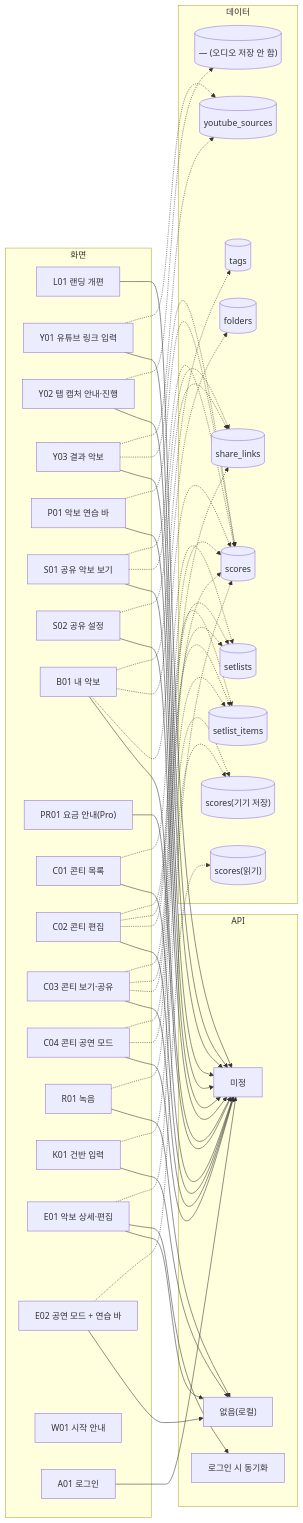
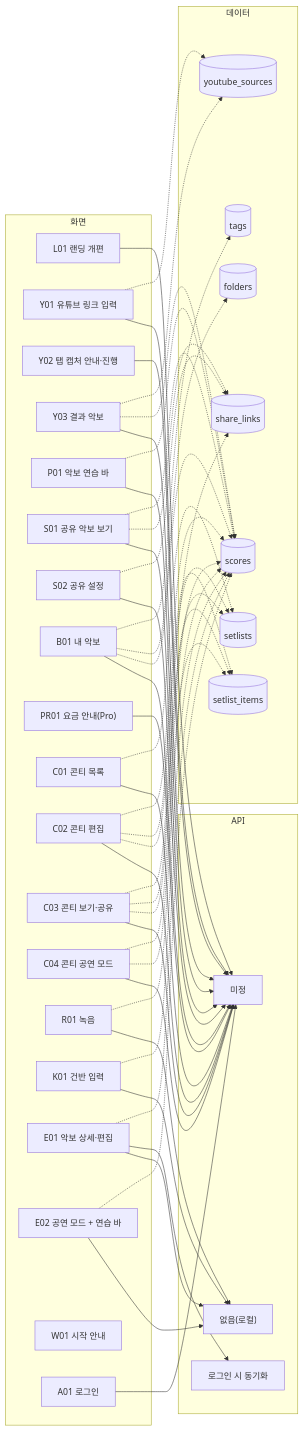
Before and after one commit to DevOps0906/humscore: the diagram in docs/diagrams/screen-data.mmd, drawn with Mermaid. The commit also changed 5 other files, not shown here.

```diff
--- a/docs/diagrams/screen-data.mmd
+++ b/docs/diagrams/screen-data.mmd
@@ -1,82 +1,78 @@
 flowchart LR
   subgraph SC["화면"]
     n_L01["L01 랜딩 개편"]
     n_Y01["Y01 유튜브 링크 입력"]
     n_Y02["Y02 탭 캡처 안내·진행"]
     n_Y03["Y03 결과 악보"]
     n_P01["P01 악보 연습 바"]
     n_S01["S01 공유 악보 보기"]
     n_S02["S02 공유 설정"]
     n_B01["B01 내 악보"]
     n_PR01["PR01 요금 안내(Pro)"]
     n_C01["C01 콘티 목록"]
     n_C02["C02 콘티 편집"]
     n_C03["C03 콘티 보기·공유"]
     n_C04["C04 콘티 공연 모드"]
     n_R01["R01 녹음"]
     n_K01["K01 건반 입력"]
     n_E01["E01 악보 상세·편집"]
     n_E02["E02 공연 모드 + 연습 바"]
     n_W01["W01 시작 안내"]
     n_A01["A01 로그인"]
   end
   subgraph AP["API"]
     n_api_로그인_시_동기화["로그인 시 동기화"]
     n_api_미정["미정"]
     n_api_없음_로컬_["없음(로컬)"]
   end
   subgraph DB["데이터"]
     n_t_folders[("folders")]
     n_t_scores[("scores")]
-    n_t_scores_기기_저장_[("scores(기기 저장)")]
-    n_t_scores_읽기_[("scores(읽기)")]
     n_t_setlist_items[("setlist_items")]
     n_t_setlists[("setlists")]
     n_t_share_links[("share_links")]
     n_t_tags[("tags")]
     n_t_youtube_sources[("youtube_sources")]
-    n_t____오디오_저장_안_함_[("— (오디오 저장 안 함)")]
   end
   n_L01 --> n_api_미정
   n_Y01 --> n_api_미정
   n_Y01 -.-> n_t_youtube_sources
   n_Y02 --> n_api_미정
-  n_Y02 -.-> n_t____오디오_저장_안_함_
   n_Y03 --> n_api_미정
   n_Y03 -.-> n_t_scores
   n_Y03 -.-> n_t_youtube_sources
   n_P01 --> n_api_미정
   n_P01 -.-> n_t_scores
   n_S01 --> n_api_미정
   n_S01 -.-> n_t_share_links
   n_S01 -.-> n_t_scores
   n_S02 --> n_api_미정
   n_S02 -.-> n_t_share_links
   n_B01 --> n_api_미정
   n_B01 -.-> n_t_scores
   n_B01 -.-> n_t_folders
   n_B01 -.-> n_t_tags
   n_PR01 --> n_api_미정
   n_C01 --> n_api_미정
   n_C01 -.-> n_t_setlists
   n_C02 --> n_api_미정
   n_C02 -.-> n_t_setlists
   n_C02 -.-> n_t_setlist_items
   n_C02 -.-> n_t_scores
   n_C03 --> n_api_미정
   n_C03 -.-> n_t_setlists
   n_C03 -.-> n_t_setlist_items
   n_C03 -.-> n_t_share_links
   n_C04 --> n_api_미정
   n_C04 -.-> n_t_setlist_items
   n_C04 -.-> n_t_scores
   n_R01 --> n_api_없음_로컬_
-  n_R01 -.-> n_t_scores_기기_저장_
+  n_R01 -.-> n_t_scores
   n_K01 --> n_api_없음_로컬_
-  n_K01 -.-> n_t_scores_기기_저장_
+  n_K01 -.-> n_t_scores
   n_E01 --> n_api_없음_로컬_
   n_E01 --> n_api_로그인_시_동기화
   n_E01 -.-> n_t_scores
   n_E02 --> n_api_없음_로컬_
-  n_E02 -.-> n_t_scores_읽기_
+  n_E02 -.-> n_t_scores
   n_A01 --> n_api_미정
```
